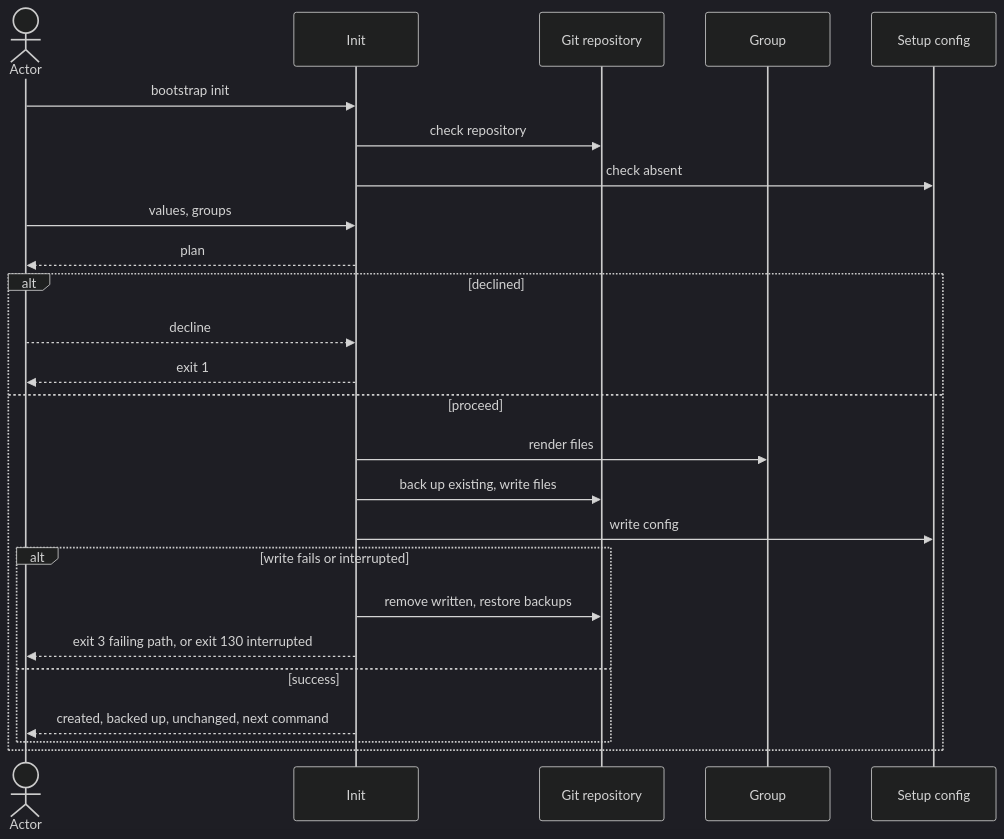
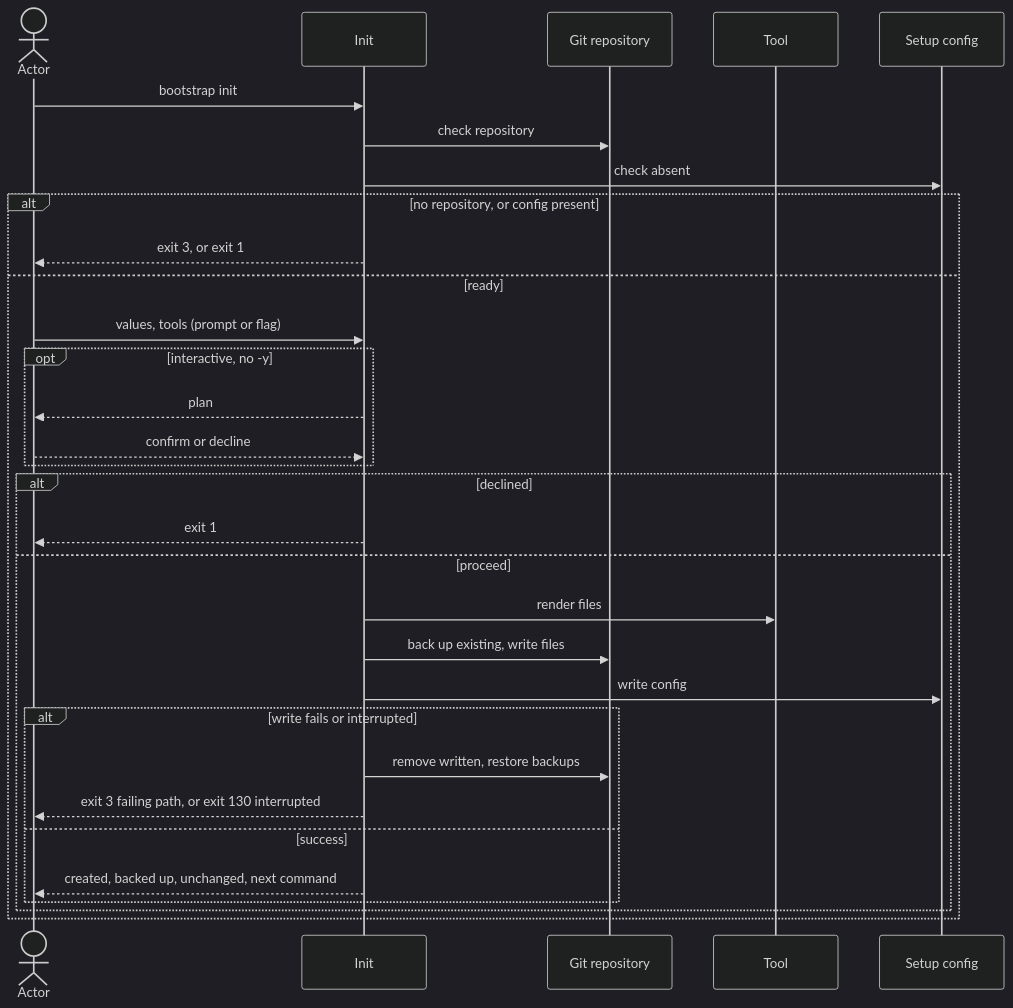
One commit to virajp/bootstrap changed the diagram in docs/blueprint/flows/cli/110-setup-repository/index.md. Above: the diagram before and after it, drawn with Mermaid (dark theme). The commit also changed other lines of this file and 19 other files, not shown here.

First line of the commit message:
docs: blueprint group→tool restructure and init contract gaps

````diff
--- a/docs/blueprint/flows/cli/110-setup-repository/index.md
+++ b/docs/blueprint/flows/cli/110-setup-repository/index.md
@@ -95,27 +122,33 @@
 ```mermaid
 sequenceDiagram
     actor O as Actor
     participant I as Init
     participant R as Git repository
-    participant G as Group
+    participant G as Tool
     participant C as Setup config
     O->>I: bootstrap init
     I->>R: check repository
     I->>C: check absent
-    O->>I: values, groups
-    I-->>O: plan
+    alt no repository, or config present
+        I-->>O: exit 3, or exit 1
+    else ready
+    O->>I: values, tools (prompt or flag)
+    opt interactive, no -y
+        I-->>O: plan
+        O-->>I: confirm or decline
+    end
     alt declined
-        O-->>I: decline
         I-->>O: exit 1
     else proceed
         I->>G: render files
         I->>R: back up existing, write files
         I->>C: write config
         alt write fails or interrupted
             I->>R: remove written, restore backups
             I-->>O: exit 3 failing path, or exit 130 interrupted
         else success
             I-->>O: created, backed up, unchanged, next command
         end
     end
+    end
 ```
````
